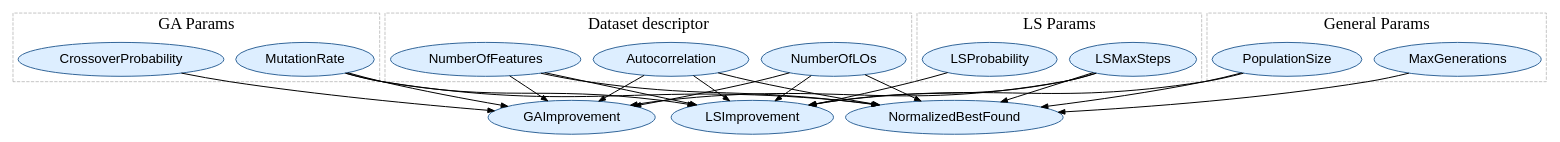
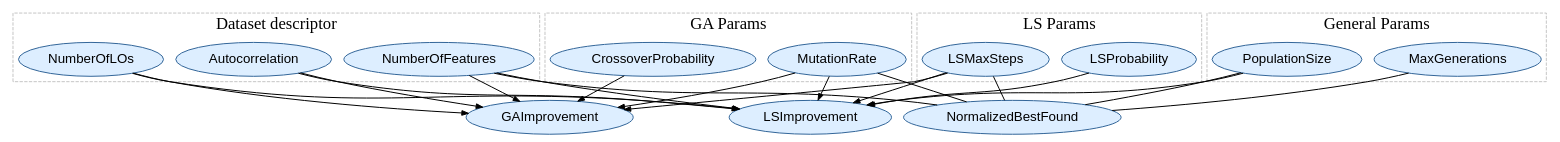
One commit to alfkristian02/MA-parametric-analysis changed the diagram in causal/pc_res/pc_nat.dot. Above: the diagram before and after it, drawn with Graphviz. The commit also changed 13 other files, not shown here.

```diff
--- a/causal/pc_res/pc_nat.dot
+++ b/causal/pc_res/pc_nat.dot
@@ -1,42 +1,40 @@
 digraph {
   rankdir=TB;
   bgcolor=white;
   node [shape=ellipse fontsize=20 fontname="Helvetica" style=filled fillcolor="#ddeeff" color="#336699" penwidth=1.5 margin=0.1];
   edge [penwidth=1.5 arrowsize=1.0];
   subgraph cluster_dataset {
     label="Dataset descriptor"; style=dashed; color="#aaaaaa"; fontsize=25
     "Autocorrelation"; "NumberOfFeatures"; "NumberOfLOs";
   }
   subgraph cluster_ga {
     label="GA Params"; style=dashed; color="#aaaaaa"; fontsize=25
     "CrossoverProbability"; "MutationRate";
   }
   subgraph cluster_ls {
     label="LS Params"; style=dashed; color="#aaaaaa"; fontsize=25
     "LSProbability"; "LSMaxSteps";
   }
   subgraph cluster_general {
     label="General Params"; style=dashed; color="#aaaaaa"; fontsize=25
     "PopulationSize"; "MaxGenerations";
   }
   "CrossoverProbability" -> "GAImprovement";
-  "MutationRate" -> "NormalizedBestFound";
+  "MutationRate" -> "NormalizedBestFound" [dir=none];
   "MutationRate" -> "GAImprovement";
   "MutationRate" -> "LSImprovement";
   "LSProbability" -> "LSImprovement";
-  "LSMaxSteps" -> "NormalizedBestFound";
+  "LSMaxSteps" -> "NormalizedBestFound" [dir=none];
   "LSMaxSteps" -> "GAImprovement";
   "LSMaxSteps" -> "LSImprovement";
-  "PopulationSize" -> "NormalizedBestFound";
+  "PopulationSize" -> "NormalizedBestFound" [dir=none];
   "PopulationSize" -> "LSImprovement";
-  "MaxGenerations" -> "NormalizedBestFound";
-  "Autocorrelation" -> "NormalizedBestFound";
+  "MaxGenerations" -> "NormalizedBestFound" [dir=none];
   "Autocorrelation" -> "GAImprovement";
   "Autocorrelation" -> "LSImprovement";
-  "NumberOfFeatures" -> "NormalizedBestFound";
+  "NumberOfFeatures" -> "NormalizedBestFound" [dir=none];
   "NumberOfFeatures" -> "GAImprovement";
   "NumberOfFeatures" -> "LSImprovement";
-  "NumberOfLOs" -> "NormalizedBestFound";
   "NumberOfLOs" -> "GAImprovement";
   "NumberOfLOs" -> "LSImprovement";
 }
```
